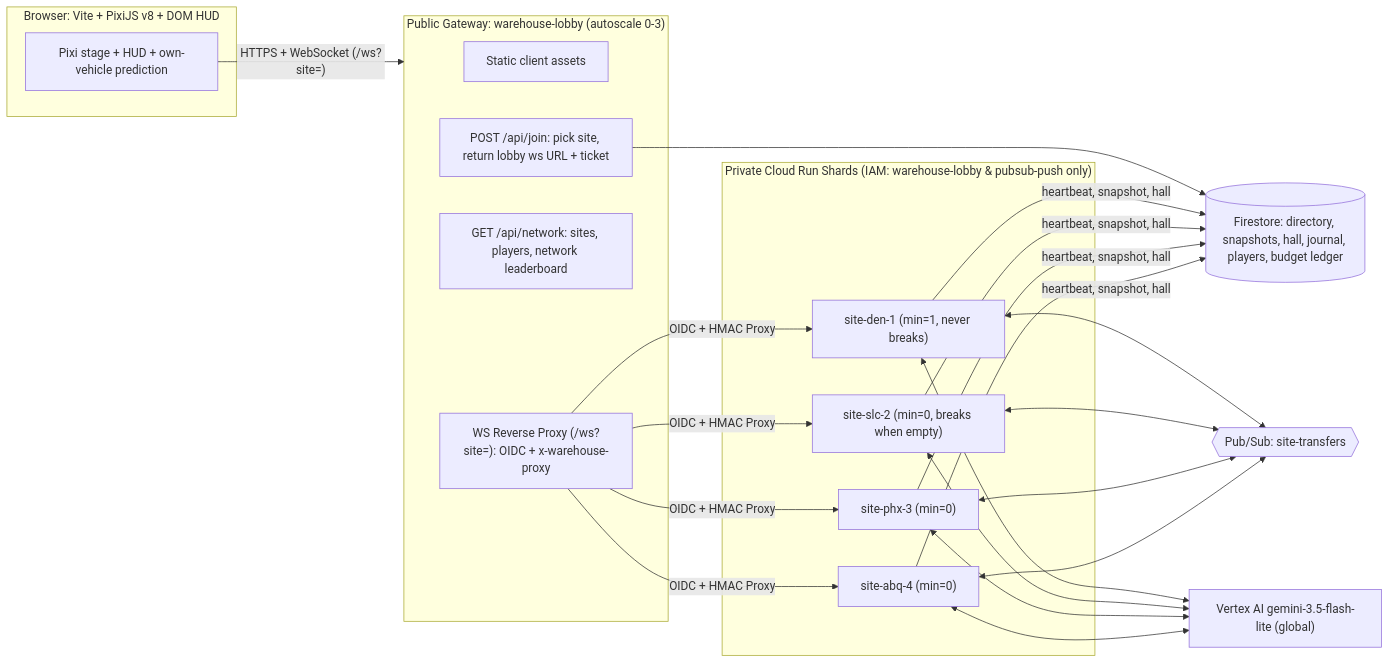
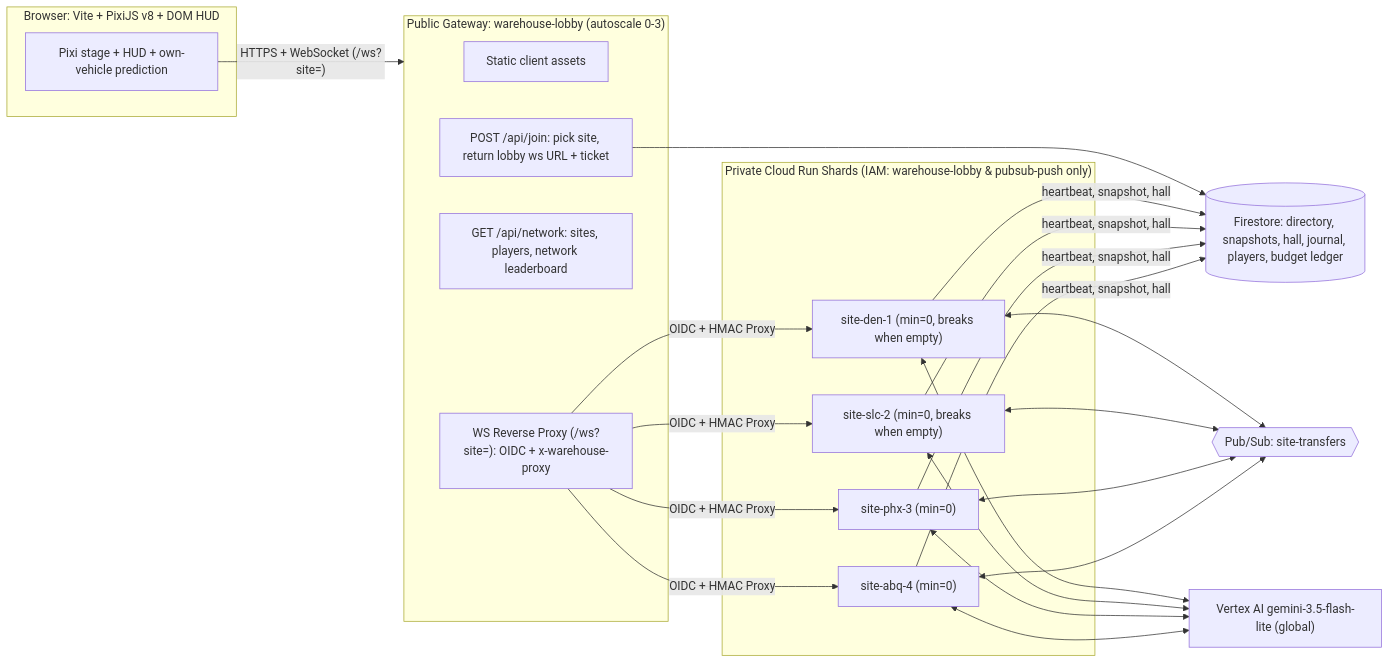
Before and after one commit to davenportjw/freightfloor: the first of 3 diagrams in docs/architecture.md, drawn with Mermaid. The commit also changed other lines of this file and 173 other files, not shown here.

````diff
--- a/docs/architecture.md
+++ b/docs/architecture.md
@@ -15,27 +22,27 @@
 ```mermaid
 flowchart LR
   subgraph Browser["Browser: Vite + PixiJS v8 + DOM HUD"]
     UI["Pixi stage + HUD + own-vehicle prediction"]
   end
   subgraph Lobby["Public Gateway: warehouse-lobby (autoscale 0-3)"]
     ST["Static client assets"]
     JN["POST /api/join: pick site, return lobby ws URL + ticket"]
     NB["GET /api/network: sites, players, network leaderboard"]
     WSP["WS Reverse Proxy (/ws?site=<siteId>): OIDC + x-warehouse-proxy"]
   end
   subgraph Shards["Private Cloud Run Shards (IAM: warehouse-lobby & pubsub-push only)"]
-    S1["site-den-1 (min=1, never breaks)"]
+    S1["site-den-1 (min=0, breaks when empty)"]
     S2["site-slc-2 (min=0, breaks when empty)"]
     S3["site-phx-3 (min=0)"]
     S4["site-abq-4 (min=0)"]
   end
   FS[("Firestore: directory, snapshots, hall, journal, players, budget ledger")]
   PS{{"Pub/Sub: site-transfers"}}
   GEM["Vertex AI gemini-3.5-flash-lite (global)"]
   UI -- "HTTPS + WebSocket (/ws?site=)" --> Lobby
   WSP -- "OIDC + HMAC Proxy" --> S1 & S2 & S3 & S4
   JN --> FS
   S1 & S2 & S3 & S4 -- "heartbeat, snapshot, hall" --> FS
   S1 & S2 & S3 & S4 <--> PS
   S1 & S2 & S3 & S4 <--> GEM
 ```
````
